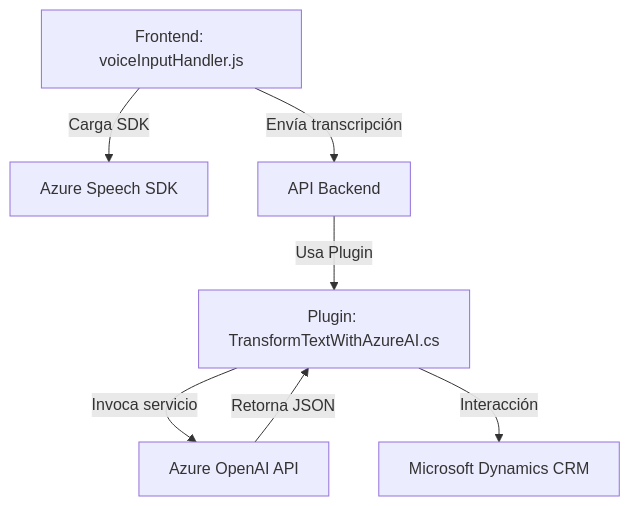
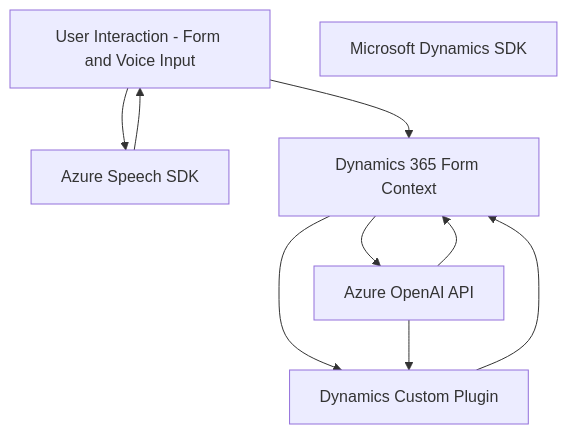
Before and after one commit to blopezdm/NETCORE_BILBAO2025: the diagram in README.md, drawn with Mermaid. The commit also changed other lines of this file, not shown here.

````diff
--- a/README.md
+++ b/README.md
@@ -56,9 +45,18 @@
 ```mermaid
 graph TD
-    A["Frontend: voiceInputHandler.js"] -->|Carga SDK| B["Azure Speech SDK"]
-    A -->|Envía transcripción| C["API Backend"]
-    C -->|Usa Plugin| D["Plugin: TransformTextWithAzureAI.cs"]
-    D -->|Invoca servicio| E["Azure OpenAI API"]
-    E -->|Retorna JSON| D
-    D -->|Interacción| F["Microsoft Dynamics CRM"]
+    A["User Interaction - Form and Voice Input"]
+    B["Azure Speech SDK"]
+    C["Dynamics 365 Form Context"]
+    D["Azure OpenAI API"]
+    E["Dynamics Custom Plugin"]
+    F["Microsoft Dynamics SDK"]
+
+    A --> B
+    A --> C
+    C --> E
+    C --> D
+    B --> A
+    E --> C
+    D --> E
+    D --> C
 ```
````
